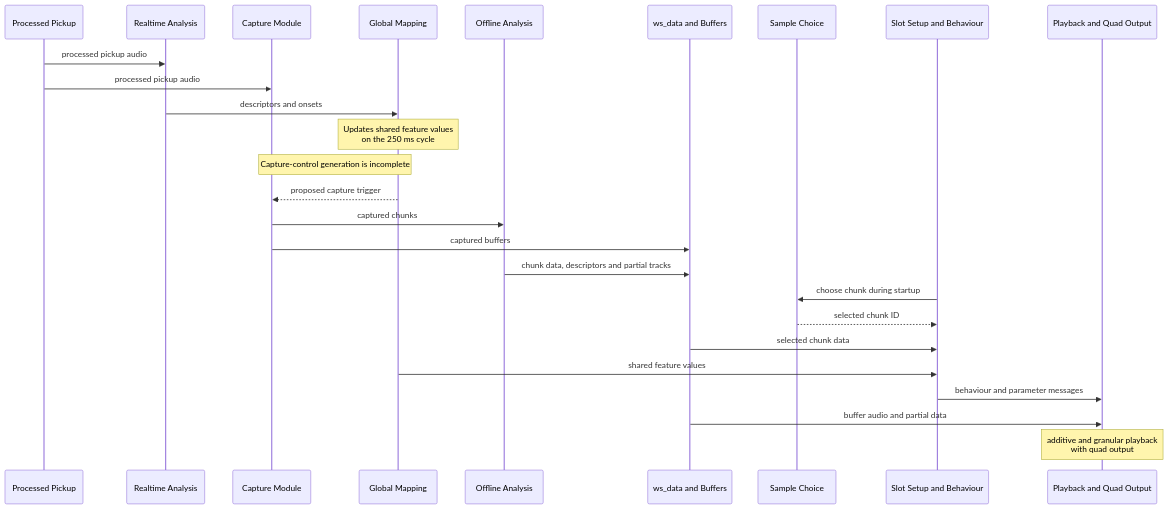
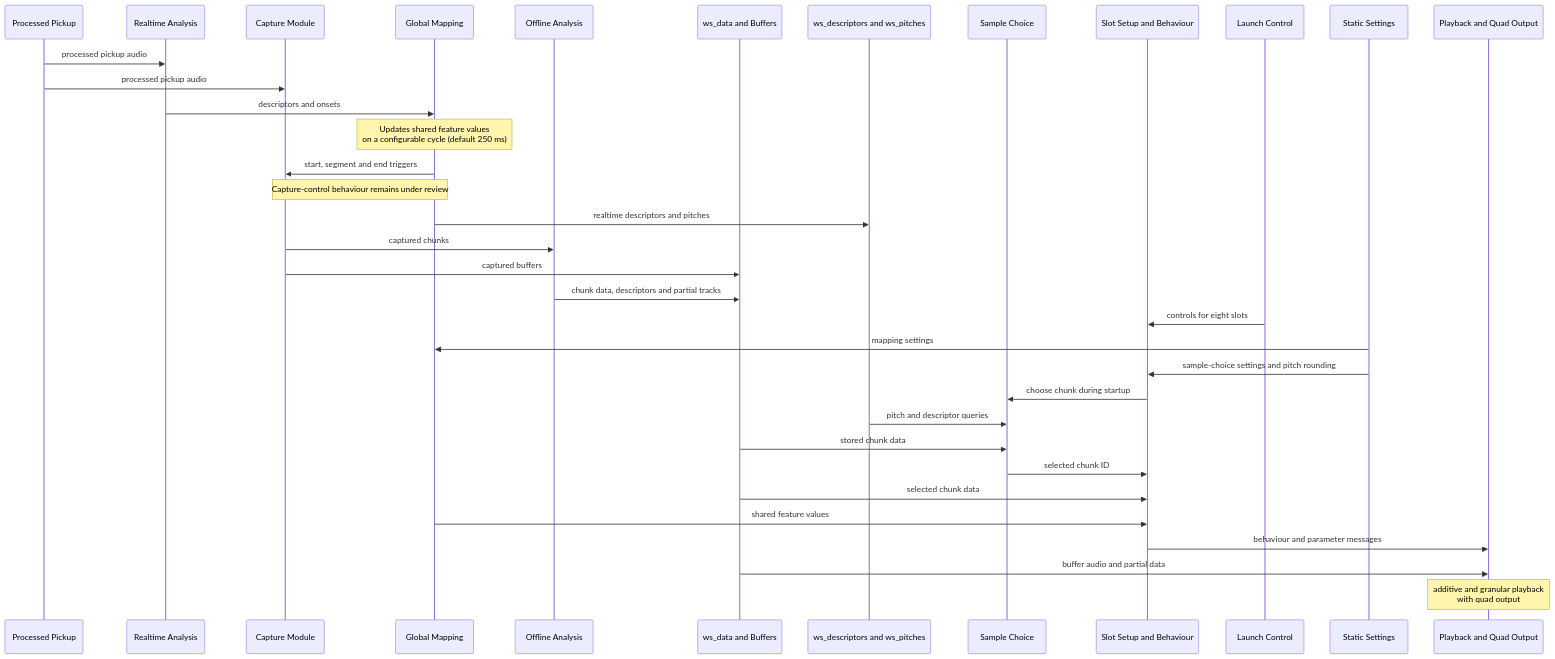
The fourth of 4 diagrams in System Architecture.md (AlexHarker/wintersleep), drawn with Mermaid before and after one commit. The commit also changed other lines of this file and 1 other file, not shown here.

````diff
--- a/System Architecture.md
+++ b/System Architecture.md
@@ -214,29 +226,38 @@
 ```mermaid
 sequenceDiagram
     participant AudioInput as Processed Pickup
     participant Analysis as Realtime Analysis
     participant Capture as Capture Module
     participant Mapping as Global Mapping
     participant Offline as Offline Analysis
     participant Data as ws_data and Buffers
+    participant RTData as ws_descriptors and ws_pitches
     participant SampleChoice as Sample Choice
     participant Slot as Slot Setup and Behaviour
+    participant Controller as Launch Control
+    participant Settings as Static Settings
     participant Playback as Playback and Quad Output
     
     AudioInput->>Analysis: processed pickup audio
     AudioInput->>Capture: processed pickup audio
     Analysis->>Mapping: descriptors and onsets
-    Note over Mapping: Updates shared feature values<br/>on the 250 ms cycle
-    Note over Mapping,Capture: Capture-control generation is incomplete
-    Mapping-->>Capture: proposed capture trigger
+    Note over Mapping: Updates shared feature values<br/>on a configurable cycle (default 250 ms)
+    Mapping->>Capture: start, segment and end triggers
+    Note over Mapping,Capture: Capture-control behaviour remains under review
+    Mapping->>RTData: realtime descriptors and pitches
     Capture->>Offline: captured chunks
     Capture->>Data: captured buffers
     Offline->>Data: chunk data, descriptors and partial tracks
+    Controller->>Slot: controls for eight slots
+    Settings->>Mapping: mapping settings
+    Settings->>Slot: sample-choice settings and pitch rounding
     Slot->>SampleChoice: choose chunk during startup
-    SampleChoice-->>Slot: selected chunk ID
+    RTData->>SampleChoice: pitch and descriptor queries
+    Data->>SampleChoice: stored chunk data
+    SampleChoice->>Slot: selected chunk ID
     Data->>Slot: selected chunk data
     Mapping->>Slot: shared feature values
     Slot->>Playback: behaviour and parameter messages
     Data->>Playback: buffer audio and partial data
     Note over Playback: additive and granular playback<br/>with quad output
 ```
````
